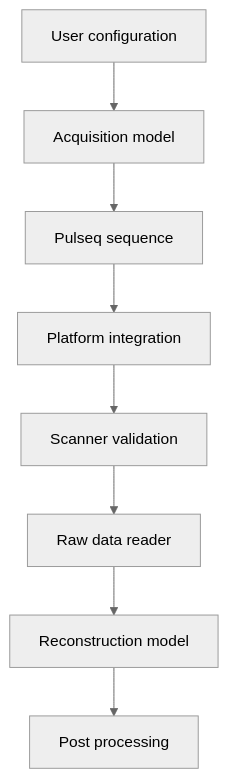
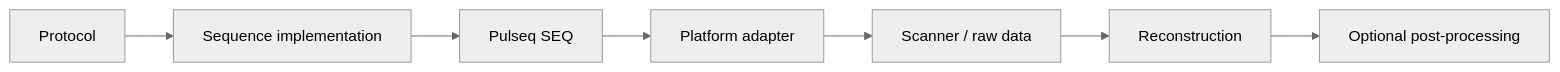
The diagram in docs/developer-guide.md (BennyZhang-Codes/tse-pulseq-matlab), drawn with Mermaid (neutral theme) before and after one commit. The commit also changed other lines of this file, not shown here.

Commit message:
docs: update developer documentation conventions for sequence package

````diff
--- a/docs/developer-guide.md
+++ b/docs/developer-guide.md
@@ -27,10 +27,9 @@
 ```mermaid
-flowchart TD
-    A[User configuration] --> B[Acquisition model]
-    B --> C[Pulseq sequence]
-    C --> D[Platform integration]
-    D --> E[Scanner validation]
-    E --> F[Raw data reader]
-    F --> G[Reconstruction model]
-    G --> H[Post processing]
+flowchart LR
+    A[Protocol] --> B[Sequence implementation]
+    B --> C[Pulseq SEQ]
+    C --> D[Platform adapter]
+    D --> E[Scanner / raw data]
+    E --> F[Reconstruction]
+    F --> G[Optional post-processing]
 ```
````
